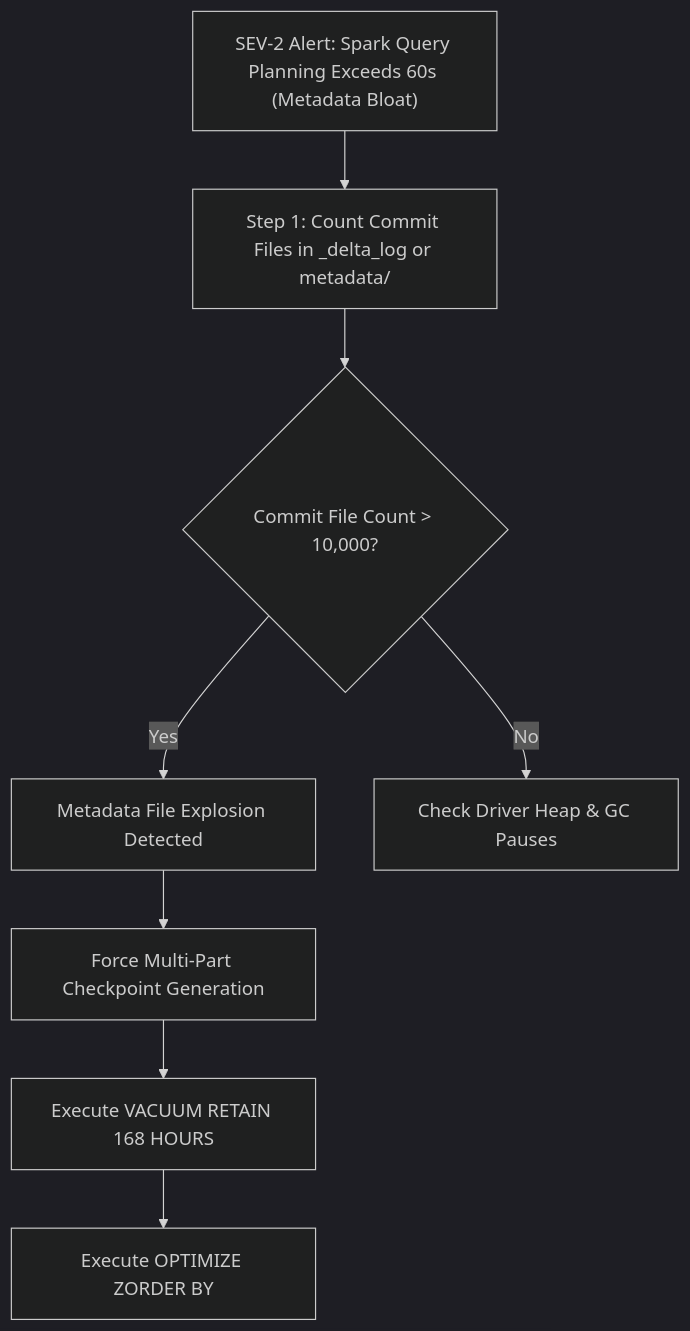
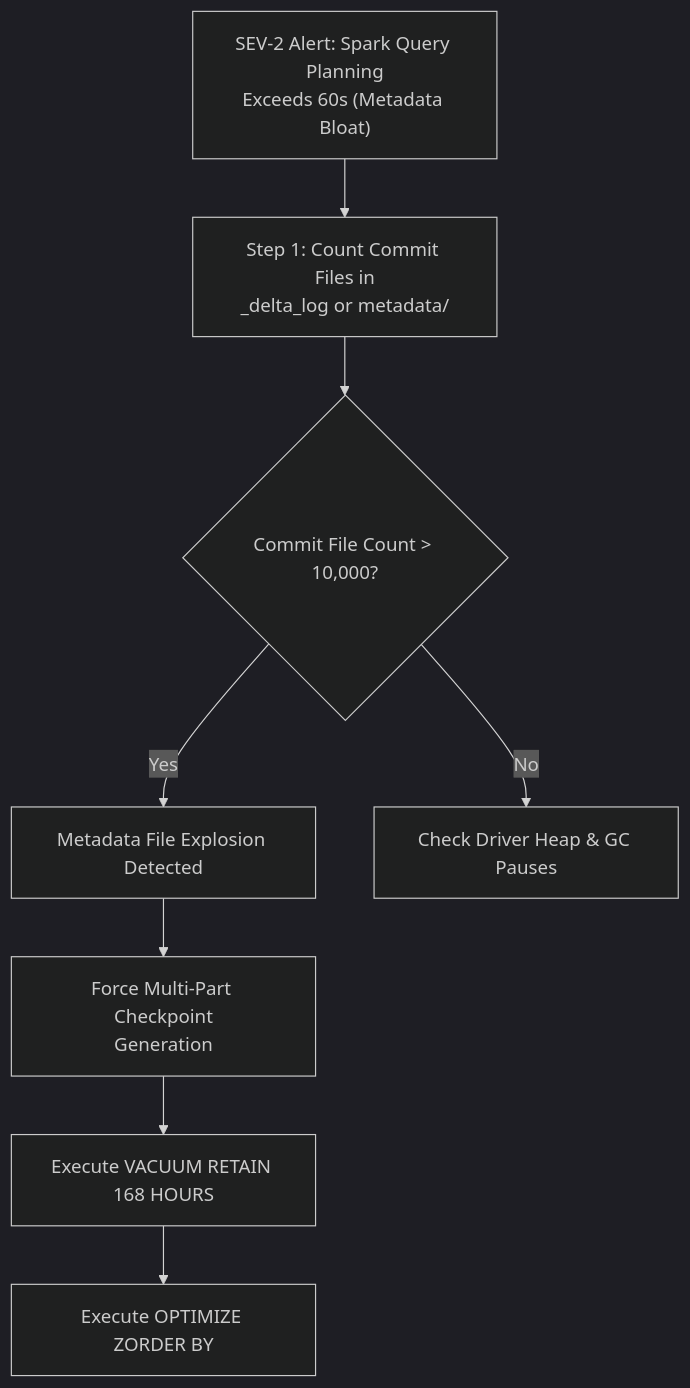
The diagram in runbooks/02_table_format_metadata_explosion_triage.md (santoshjammi29/data-system-design-handbook), drawn with Mermaid (dark theme) before and after one commit. The commit also changed 15 other files, not shown here.

Commit message:
fix(diagrams): word-wrap labels and escape comparison operators across all diagrams

````diff
--- a/runbooks/02_table_format_metadata_explosion_triage.md
+++ b/runbooks/02_table_format_metadata_explosion_triage.md
@@ -12,12 +12,12 @@
 ```mermaid
 flowchart TD
-    Alert["SEV-2 Alert: Spark Query Planning Exceeds 60s (Metadata Bloat)"] --> CountMetadata["Step 1: Count Commit Files in _delta_log or metadata/"]
-    CountMetadata --> ThresholdCheck{"Commit File Count > 10,000?"}
+    Alert["SEV-2 Alert: Spark Query Planning<br/>Exceeds 60s (Metadata Bloat)"] --> CountMetadata["Step 1: Count Commit Files in<br/>_delta_log or metadata/"]
+    CountMetadata --> ThresholdCheck{"Commit File Count &gt; 10,000?"}
 
     ThresholdCheck -->|Yes| CompactionNeeded["Metadata File Explosion Detected"]
     ThresholdCheck -->|No| CheckDriverMemory["Check Driver Heap & GC Pauses"]
 
-    CompactionNeeded --> ForceCheckpoint["Force Multi-Part Checkpoint Generation"]
+    CompactionNeeded --> ForceCheckpoint["Force Multi-Part Checkpoint<br/>Generation"]
     ForceCheckpoint --> RunVacuum["Execute VACUUM RETAIN 168 HOURS"]
     RunVacuum --> OptimizeBinPack["Execute OPTIMIZE ZORDER BY"]
 ```
````
